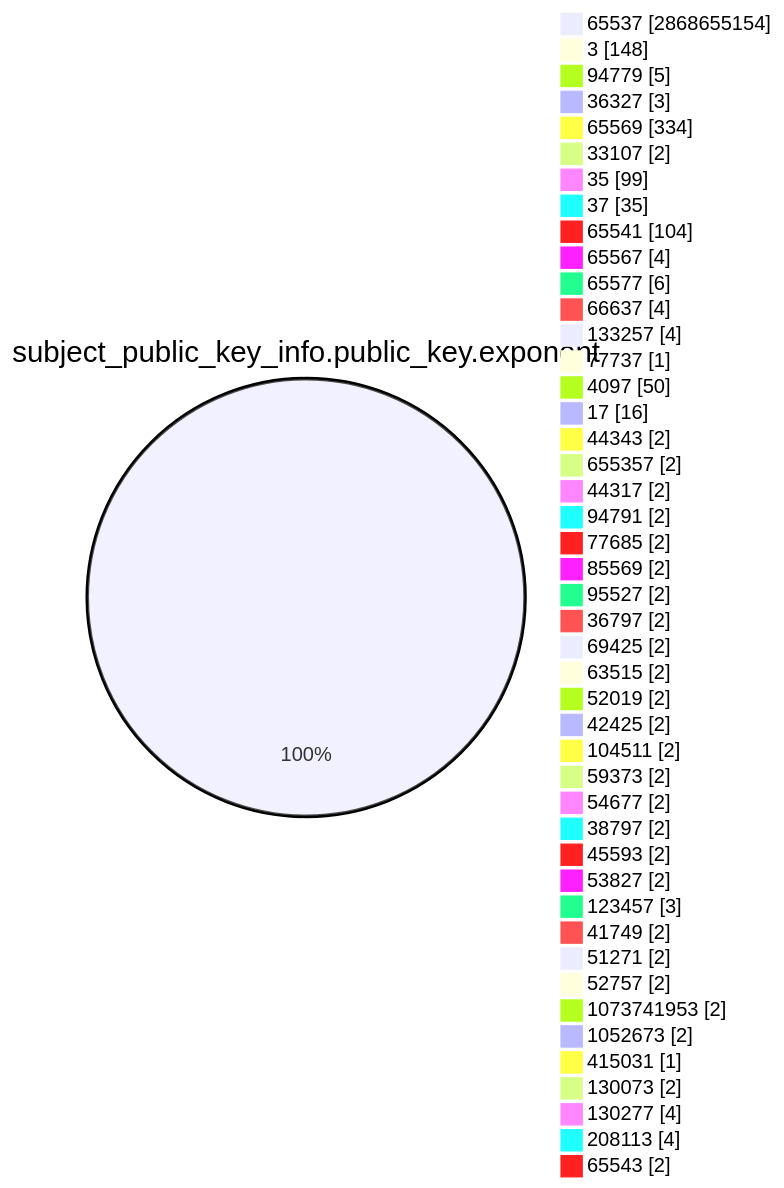
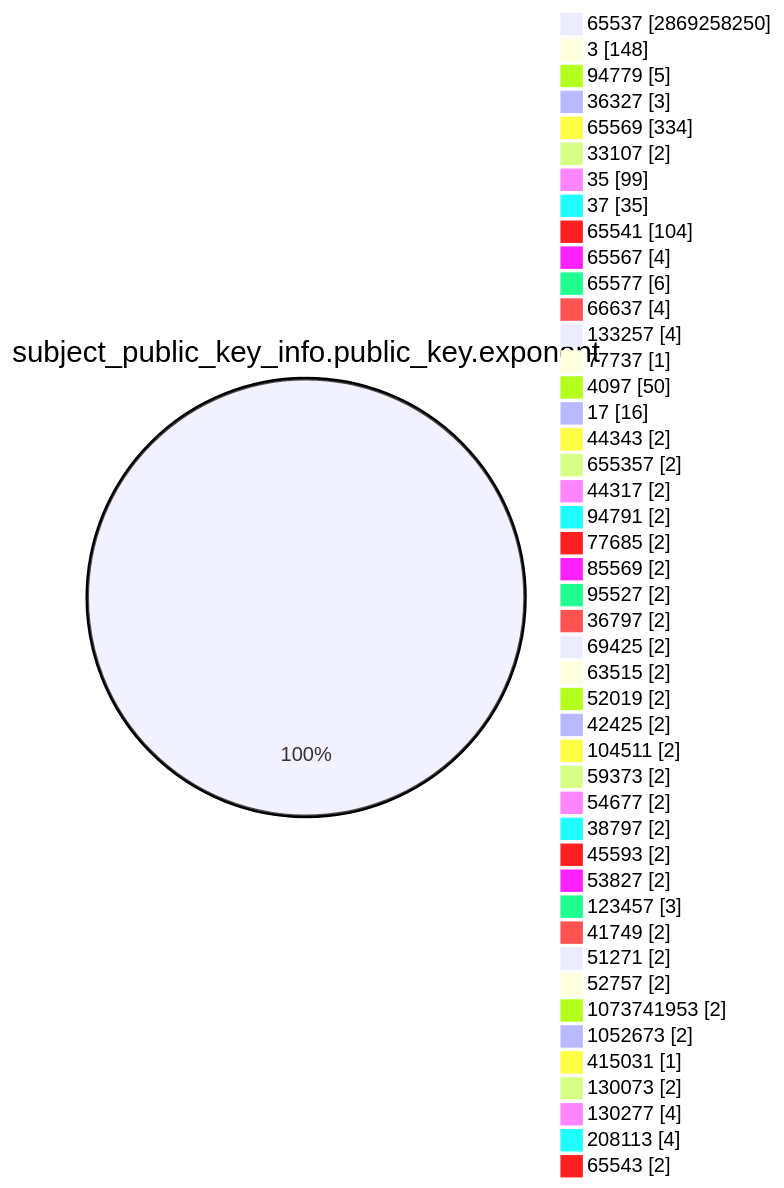
One commit to christiankrug/ctmonitor_visualization changed the fourth of 15 diagrams in TOTAL/README.md. Above: the diagram before and after it, drawn with Mermaid. The commit also changed other lines of this file, not shown here.

````diff
--- a/TOTAL/README.md
+++ b/TOTAL/README.md
@@ -1468,49 +1468,49 @@
 ```mermaid
 pie showData
 title subject_public_key_info.public_key.exponent
-"65537" :2868655154
+"65537" :2869258250
 "3" :148
 "94779" :5
 "36327" :3
 "65569" :334
 "33107" :2
 "35" :99
 "37" :35
 "65541" :104
 "65567" :4
 "65577" :6
 "66637" :4
 "133257" :4
 "77737" :1
 "4097" :50
 "17" :16
 "44343" :2
 "655357" :2
 "44317" :2
 "94791" :2
 "77685" :2
 "85569" :2
 "95527" :2
 "36797" :2
 "69425" :2
 "63515" :2
 "52019" :2
 "42425" :2
 "104511" :2
 "59373" :2
 "54677" :2
 "38797" :2
 "45593" :2
 "53827" :2
 "123457" :3
 "41749" :2
 "51271" :2
 "52757" :2
 "1073741953" :2
 "1052673" :2
 "415031" :1
 "130073" :2
 "130277" :4
 "208113" :4
 "65543" :2
 ```
````
